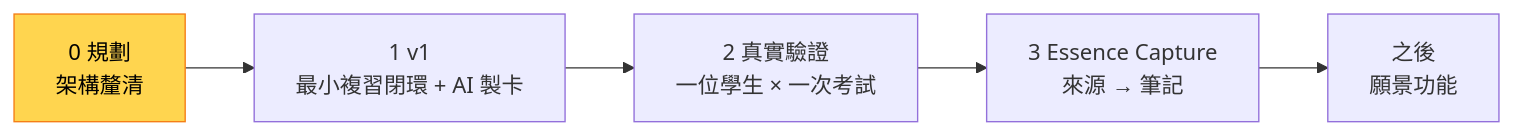
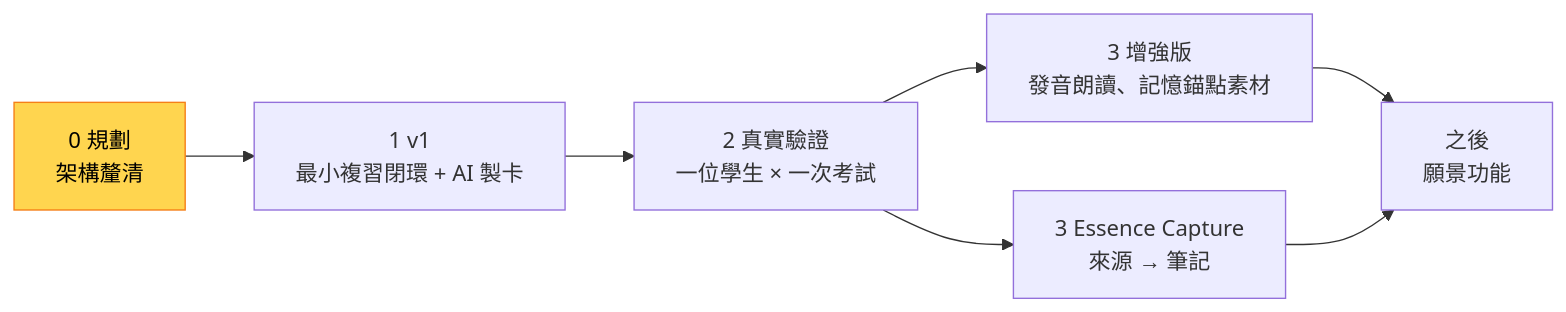
One commit to kuohappiness/Essence-Cards changed the diagram in docs/roadmap.md. Above: the diagram before and after it, drawn with Mermaid. The commit also changed other lines of this file and 7 other files, not shown here.

````diff
--- a/docs/roadmap.md
+++ b/docs/roadmap.md
@@ -18,8 +18,10 @@
 ```mermaid
 flowchart LR
   A["0 規劃<br/>架構釐清"]:::now --> B["1 v1<br/>最小複習閉環 + AI 製卡"]
   B --> C["2 真實驗證<br/>一位學生 × 一次考試"]
+  C --> D["3 增強版<br/>發音朗讀、記憶錨點素材"]
   C --> E["3 Essence Capture<br/>來源 → 筆記"]
-  E --> F["之後<br/>願景功能"]
+  D --> F["之後<br/>願景功能"]
+  E --> F
   classDef now fill:#ffd54f,stroke:#f57f17,color:#000
 ```
````
